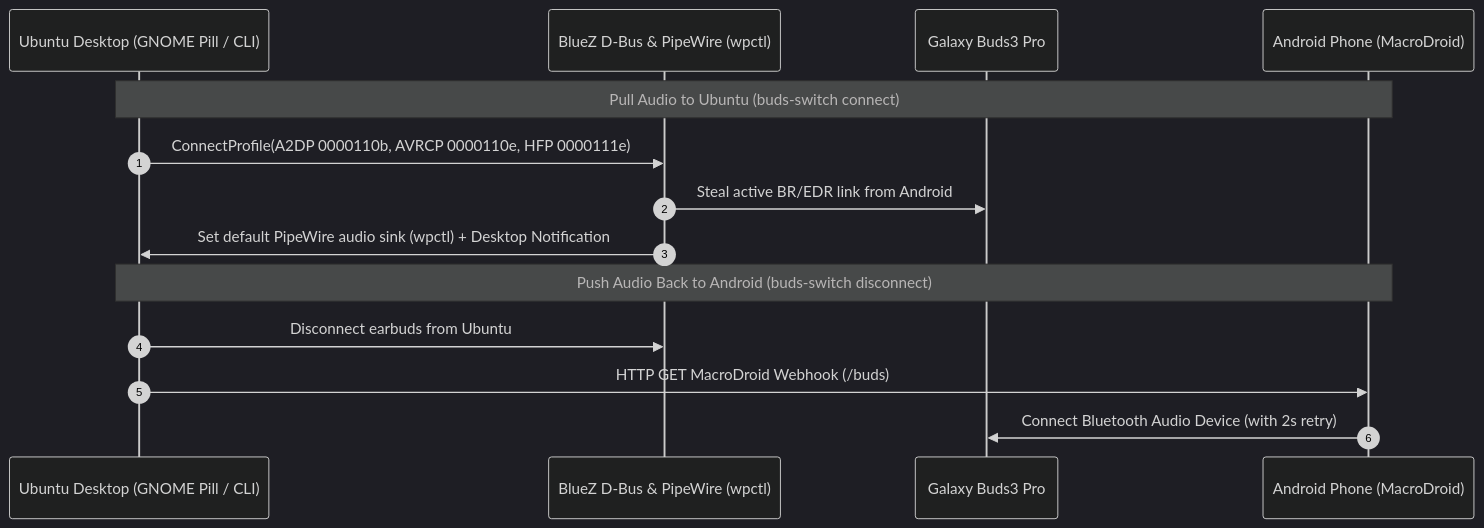
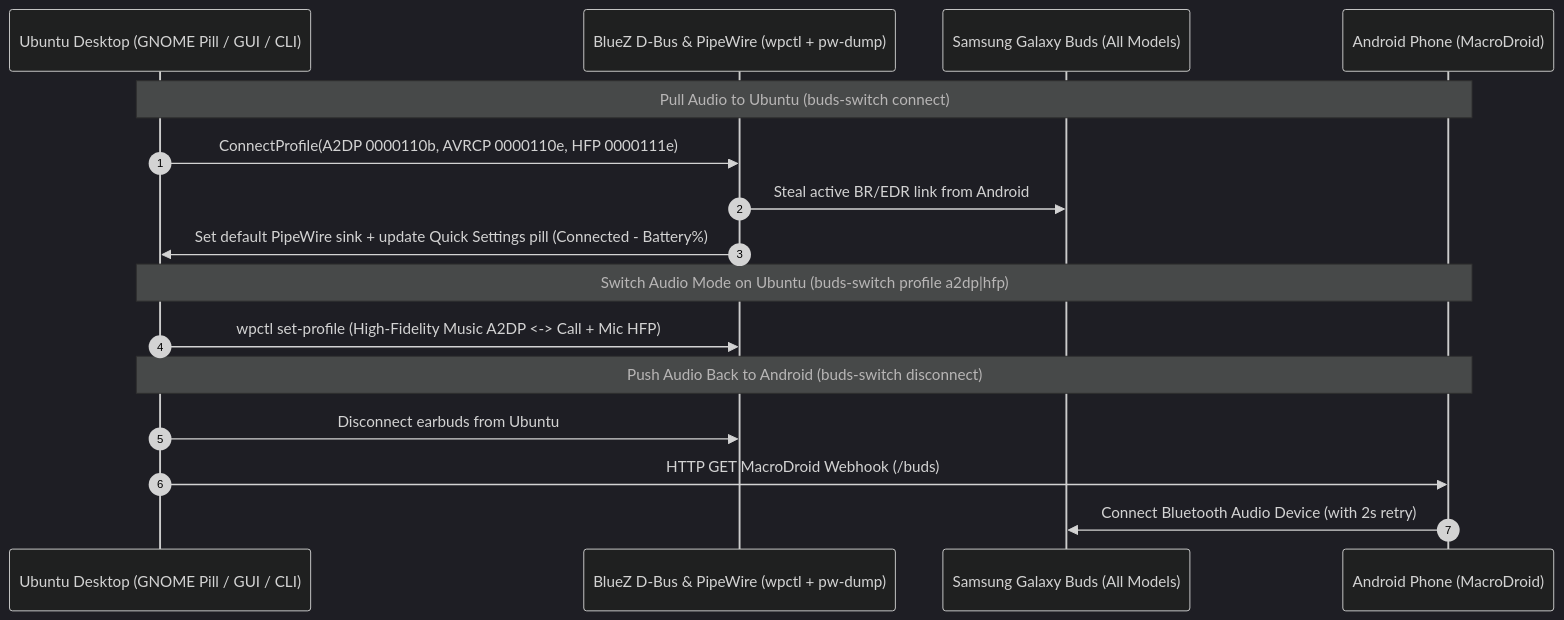
One commit to pulkitmundra/galaxy-buds-ubuntu changed the diagram in README.md. Above: the diagram before and after it, drawn with Mermaid (dark theme). The commit also changed other lines of this file and 11 other files, not shown here.

Commit message:
feat(v1.1.0): universal Samsung Galaxy Buds support, GTK4 settings & Android webhook guide GUI, live battery %, and A2DP/HFP toggle

````diff
--- a/README.md
+++ b/README.md
@@ -61,18 +103,21 @@
 ```mermaid
 sequenceDiagram
     autonumber
-    participant User as Ubuntu Desktop (GNOME Pill / CLI)
-    participant BlueZ as BlueZ D-Bus & PipeWire (wpctl)
-    participant Buds as Galaxy Buds3 Pro
+    participant User as Ubuntu Desktop (GNOME Pill / GUI / CLI)
+    participant BlueZ as BlueZ D-Bus & PipeWire (wpctl + pw-dump)
+    participant Buds as Samsung Galaxy Buds (All Models)
     participant Phone as Android Phone (MacroDroid)
 
     Note over User,Phone: Pull Audio to Ubuntu (buds-switch connect)
     User->>BlueZ: ConnectProfile(A2DP 0000110b, AVRCP 0000110e, HFP 0000111e)
     BlueZ->>Buds: Steal active BR/EDR link from Android
-    BlueZ->>User: Set default PipeWire audio sink (wpctl) + Desktop Notification
+    BlueZ->>User: Set default PipeWire sink + update Quick Settings pill (Connected - Battery%)
+
+    Note over User,Phone: Switch Audio Mode on Ubuntu (buds-switch profile a2dp|hfp)
+    User->>BlueZ: wpctl set-profile (High-Fidelity Music A2DP <-> Call + Mic HFP)
 
     Note over User,Phone: Push Audio Back to Android (buds-switch disconnect)
     User->>BlueZ: Disconnect earbuds from Ubuntu
     User->>Phone: HTTP GET MacroDroid Webhook (/buds)
     Phone->>Buds: Connect Bluetooth Audio Device (with 2s retry)
 ```
````
